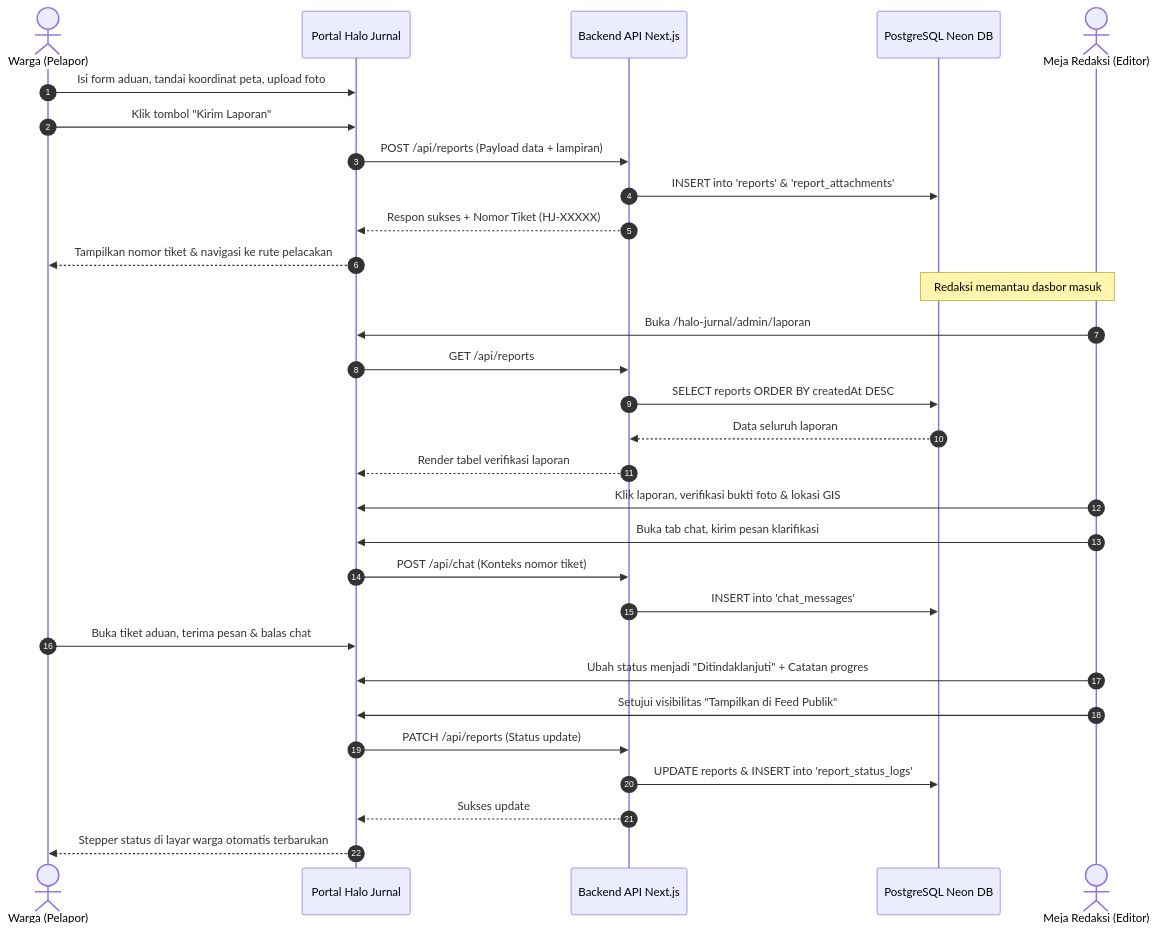
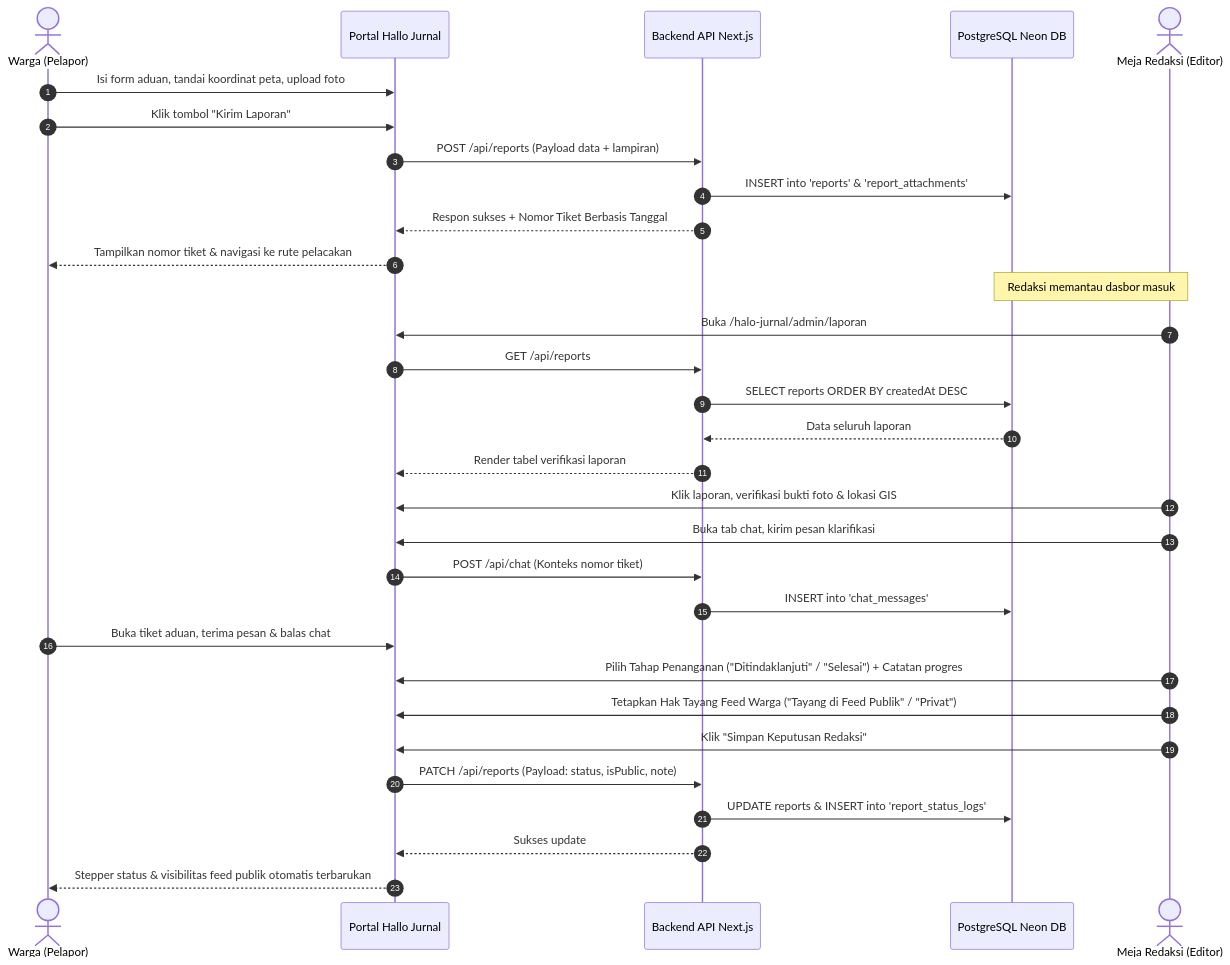
One commit to jurnal-vibes/jurnalvibes-website changed the fourth of 5 diagrams in docs/dokumentasi-sistem.md. Above: the diagram before and after it, drawn with Mermaid. The commit also changed other lines of this file and 42 other files, not shown here.

Commit message:
revisi-terbaru31: penyelarasan nama brand Hallo Jurnal dan pembaruan dokumentasi sistem

````diff
--- a/docs/dokumentasi-sistem.md
+++ b/docs/dokumentasi-sistem.md
@@ -703,37 +753,38 @@
 ```mermaid
 sequenceDiagram
     autonumber
     actor W as Warga (Pelapor)
-    participant UI as Portal Halo Jurnal
+    participant UI as Portal Hallo Jurnal
     participant API as Backend API Next.js
     participant DB as PostgreSQL Neon DB
     actor R as Meja Redaksi (Editor)
 
     W->>UI: Isi form aduan, tandai koordinat peta, upload foto
     W->>UI: Klik tombol "Kirim Laporan"
     UI->>API: POST /api/reports (Payload data + lampiran)
     API->>DB: INSERT into 'reports' & 'report_attachments'
-    API-->>UI: Respon sukses + Nomor Tiket (HJ-XXXXX)
+    API-->>UI: Respon sukses + Nomor Tiket Berbasis Tanggal
     UI-->>W: Tampilkan nomor tiket & navigasi ke rute pelacakan
 
     Note over R,DB: Redaksi memantau dasbor masuk
     R->>UI: Buka /halo-jurnal/admin/laporan
     UI->>API: GET /api/reports
     API->>DB: SELECT reports ORDER BY createdAt DESC
     DB-->>API: Data seluruh laporan
     API-->>UI: Render tabel verifikasi laporan
     
     R->>UI: Klik laporan, verifikasi bukti foto & lokasi GIS
     R->>UI: Buka tab chat, kirim pesan klarifikasi
     UI->>API: POST /api/chat (Konteks nomor tiket)
     API->>DB: INSERT into 'chat_messages'
     
     W->>UI: Buka tiket aduan, terima pesan & balas chat
     
-    R->>UI: Ubah status menjadi "Ditindaklanjuti" + Catatan progres
-    R->>UI: Setujui visibilitas "Tampilkan di Feed Publik"
-    UI->>API: PATCH /api/reports (Status update)
+    R->>UI: Pilih Tahap Penanganan ("Ditindaklanjuti" / "Selesai") + Catatan progres
+    R->>UI: Tetapkan Hak Tayang Feed Warga ("Tayang di Feed Publik" / "Privat")
+    R->>UI: Klik "Simpan Keputusan Redaksi"
+    UI->>API: PATCH /api/reports (Payload: status, isPublic, note)
     API->>DB: UPDATE reports & INSERT into 'report_status_logs'
     API-->>UI: Sukses update
-    UI-->>W: Stepper status di layar warga otomatis terbarukan
+    UI-->>W: Stepper status & visibilitas feed publik otomatis terbarukan
 ```
````
